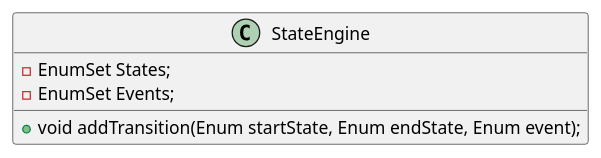
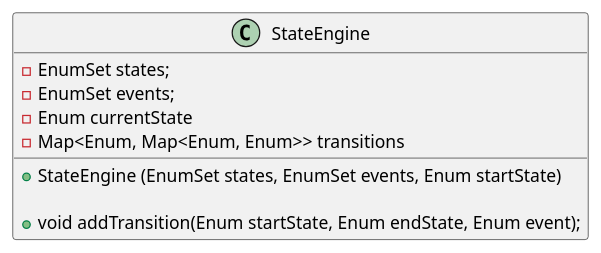
One commit to mdgriffin/Design-Patterns changed the diagram in class_diagram.pu. Above: the diagram before and after it, drawn with PlantUML. The commit also changed 2 other files, not shown here.

Commit message:
Added current start property, setting it to the start state in the constructor

```diff
--- a/class_diagram.pu
+++ b/class_diagram.pu
@@ -1,7 +1,12 @@
 @startuml
 Class StateEngine {
-    -EnumSet States;
-    -EnumSet Events;
+    -EnumSet states;
+    -EnumSet events;
+    -Enum currentState
+    -Map<Enum, Map<Enum, Enum>> transitions
+
+    +StateEngine (EnumSet states, EnumSet events, Enum startState)
+
     +void addTransition(Enum startState, Enum endState, Enum event);
 }
 @enduml
```
